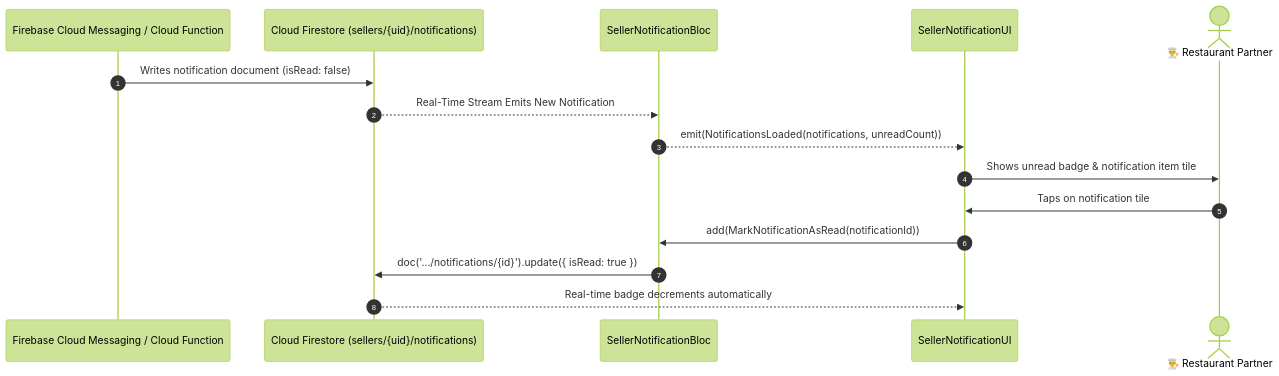
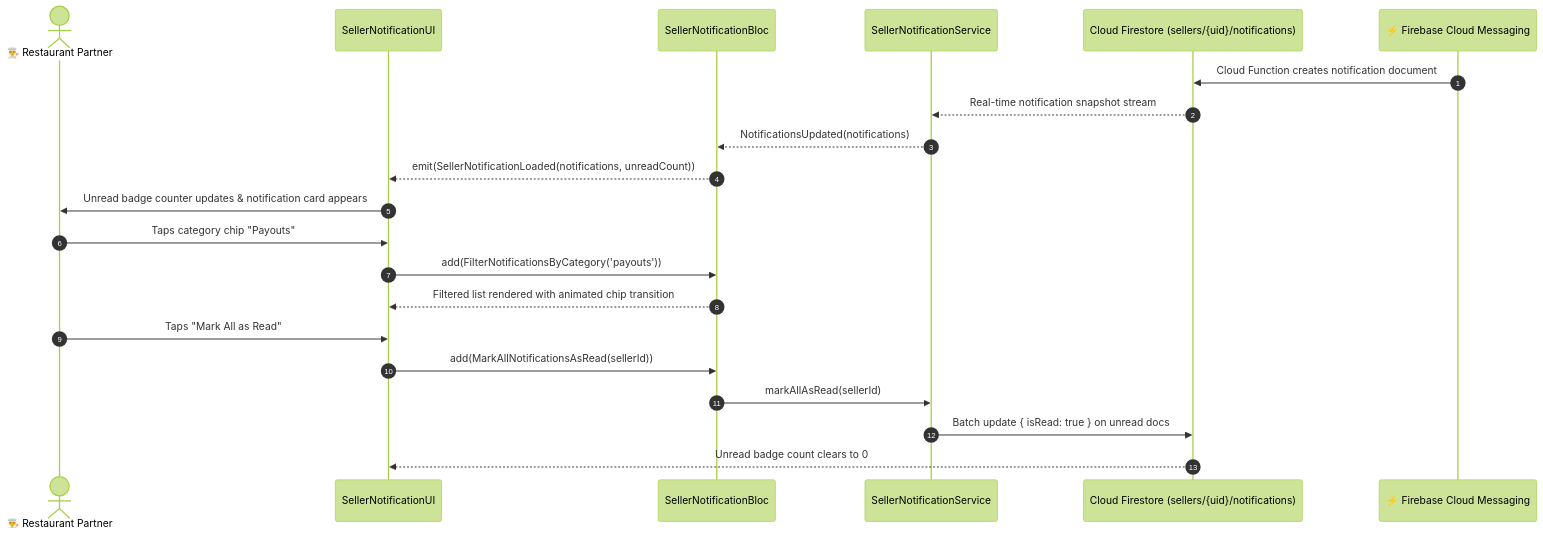
Before and after one commit to SRIKUMAR10/food_delivery_app: the diagram in md_files/04_Seller_Human_Journey_And_Testing/06_Customer_Engagement_And_Support/23_SELLER_NOTIFICATIONS_PAGE.md, drawn with Mermaid (forest theme). The commit also changed other lines of this file and 204 other files, not shown here.

````diff
--- a/md_files/04_Seller_Human_Journey_And_Testing/06_Customer_Engagement_And_Support/23_SELLER_NOTIFICATIONS_PAGE.md
+++ b/md_files/04_Seller_Human_Journey_And_Testing/06_Customer_Engagement_And_Support/23_SELLER_NOTIFICATIONS_PAGE.md
@@ -21,18 +18,24 @@
 ```mermaid
 sequenceDiagram
     autonumber
-    participant FCM as Firebase Cloud Messaging / Cloud Function
+    actor Seller as 👨‍🍳 Restaurant Partner
+    participant UI as SellerNotificationUI
+    participant Bloc as SellerNotificationBloc
+    participant Service as SellerNotificationService
     participant FS as Cloud Firestore (sellers/{uid}/notifications)
-    participant Bloc as SellerNotificationBloc
-    participant UI as SellerNotificationUI
-    actor Seller as 👨‍🍳 Restaurant Partner
+    participant FCM as ⚡ Firebase Cloud Messaging
 
-    FCM->>FS: Writes notification document (isRead: false)
-    FS-->>Bloc: Real-Time Stream Emits New Notification
-    Bloc-->>UI: emit(NotificationsLoaded(notifications, unreadCount))
-    UI->>Seller: Shows unread badge & notification item tile
-    Seller->>UI: Taps on notification tile
-    UI->>Bloc: add(MarkNotificationAsRead(notificationId))
-    Bloc->>FS: doc('.../notifications/{id}').update({ isRead: true })
-    FS-->>UI: Real-time badge decrements automatically
+    FCM->>FS: Cloud Function creates notification document
+    FS-->>Service: Real-time notification snapshot stream
+    Service-->>Bloc: NotificationsUpdated(notifications)
+    Bloc-->>UI: emit(SellerNotificationLoaded(notifications, unreadCount))
+    UI->>Seller: Unread badge counter updates & notification card appears
+    Seller->>UI: Taps category chip "Payouts"
+    UI->>Bloc: add(FilterNotificationsByCategory('payouts'))
+    Bloc-->>UI: Filtered list rendered with animated chip transition
+    Seller->>UI: Taps "Mark All as Read"
+    UI->>Bloc: add(MarkAllNotificationsAsRead(sellerId))
+    Bloc->>Service: markAllAsRead(sellerId)
+    Service->>FS: Batch update { isRead: true } on unread docs
+    FS-->>UI: Unread badge count clears to 0
 ```
````
